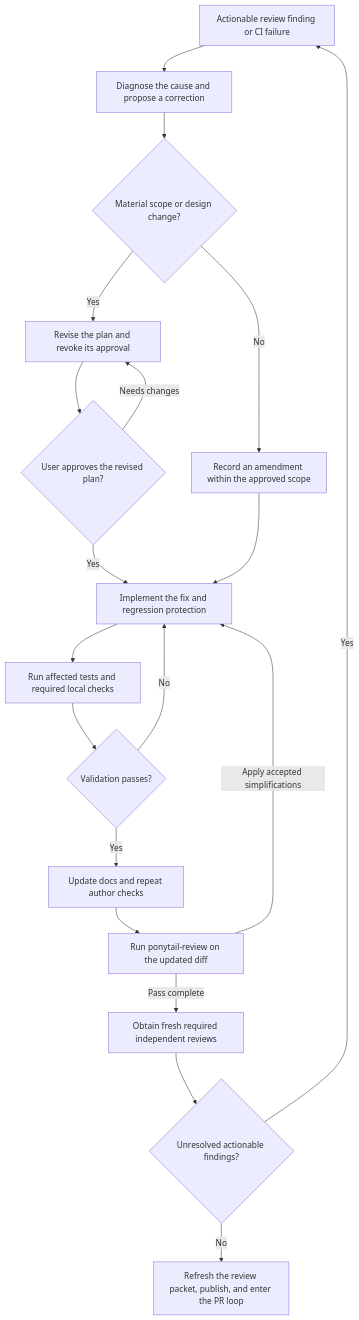
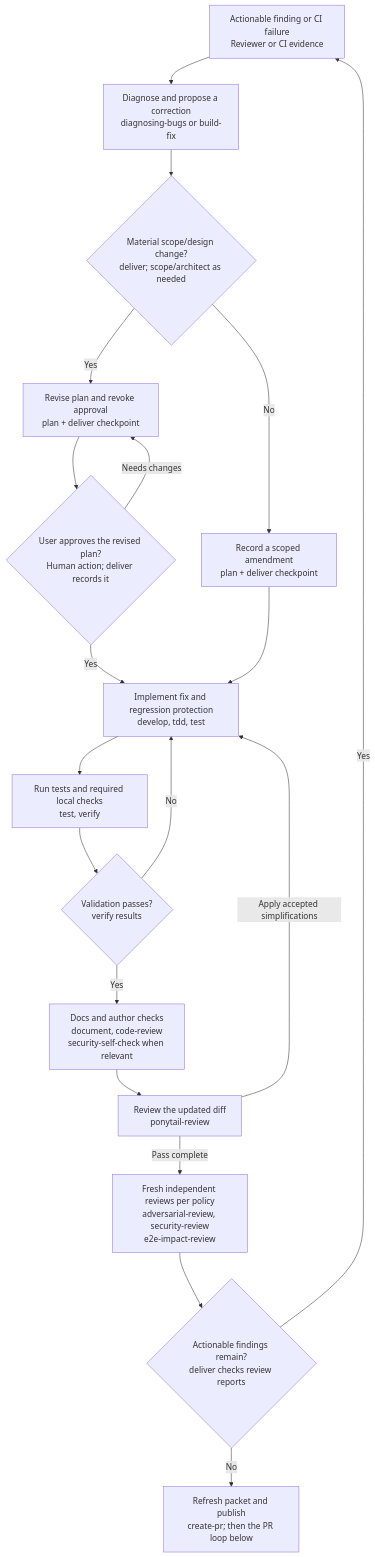
Before and after one commit to Saty248/agent-workflows: the second of 3 diagrams in README.md, drawn with Mermaid. The commit also changed other lines of this file, not shown here.

Commit message:
docs(readme): label workflow diagrams with skills and tools

````diff
--- a/README.md
+++ b/README.md
@@ -155,21 +161,21 @@
 ```mermaid
 flowchart TD
-    finding["Actionable review finding or CI failure"] --> diagnose["Diagnose the cause and propose a correction"]
-    diagnose --> scope{"Material scope or design change?"}
-    scope -->|Yes| revise["Revise the plan and revoke its approval"]
-    revise --> approve{"User approves the revised plan?"}
+    finding["Actionable finding or CI failure<br/>Reviewer or CI evidence"] --> diagnose["Diagnose and propose a correction<br/>diagnosing-bugs or build-fix"]
+    diagnose --> scope{"Material scope/design change?<br/>deliver; scope/architect as needed"}
+    scope -->|Yes| revise["Revise plan and revoke approval<br/>plan + deliver checkpoint"]
+    revise --> approve{"User approves the revised plan?<br/>Human action; deliver records it"}
     approve -->|Needs changes| revise
-    approve -->|Yes| implement["Implement the fix and regression protection"]
-    scope -->|No| amend["Record an amendment within the approved scope"]
+    approve -->|Yes| implement["Implement fix and regression protection<br/>develop, tdd, test"]
+    scope -->|No| amend["Record a scoped amendment<br/>plan + deliver checkpoint"]
     amend --> implement
-    implement --> validate["Run affected tests and required local checks"]
-    validate --> passed{"Validation passes?"}
+    implement --> validate["Run tests and required local checks<br/>test, verify"]
+    validate --> passed{"Validation passes?<br/>verify results"}
     passed -->|No| implement
-    passed -->|Yes| docs["Update docs and repeat author checks"]
-    docs --> simplify["Run ponytail-review on the updated diff"]
+    passed -->|Yes| docs["Docs and author checks<br/>document, code-review<br/>security-self-check when relevant"]
+    docs --> simplify["Review the updated diff<br/>ponytail-review"]
     simplify -->|Apply accepted simplifications| implement
-    simplify -->|Pass complete| reviews["Obtain fresh required independent reviews"]
-    reviews --> blockers{"Unresolved actionable findings?"}
+    simplify -->|Pass complete| reviews["Fresh independent reviews per policy<br/>adversarial-review, security-review<br/>e2e-impact-review"]
+    reviews --> blockers{"Actionable findings remain?<br/>deliver checks review reports"}
     blockers -->|Yes| finding
-    blockers -->|No| publish["Refresh the review packet, publish, and enter the PR loop"]
+    blockers -->|No| publish["Refresh packet and publish<br/>create-pr; then the PR loop below"]
 ```
````
